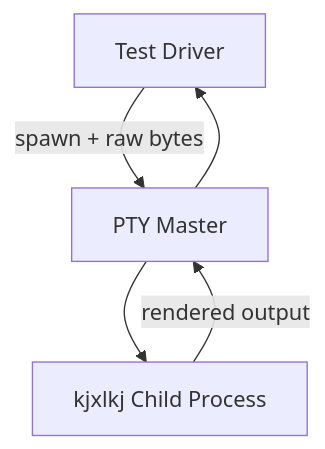
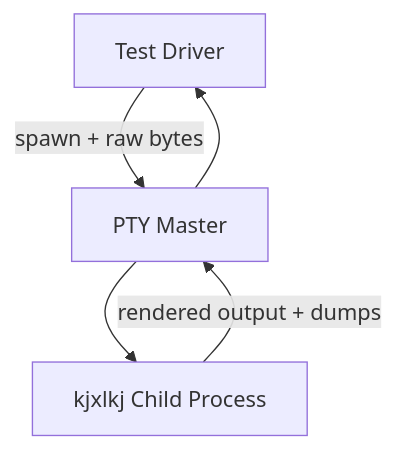
Before and after one commit to lkjsxc/kjxlkj: the diagram in docs/spec/technical/testing-pty-harness.md, drawn with Mermaid. The commit also changed other lines of this file and 28 other files, not shown here.

````diff
--- a/docs/spec/technical/testing-pty-harness.md
+++ b/docs/spec/technical/testing-pty-harness.md
@@ -14,7 +14,7 @@
 ```mermaid
 graph TD
   DRIVER[Test Driver] -->|spawn + raw bytes| PTY[PTY Master]
   PTY --> APP[kjxlkj Child Process]
-  APP -->|rendered output| PTY
+  APP -->|rendered output + dumps| PTY
   PTY --> DRIVER
 ```
````
